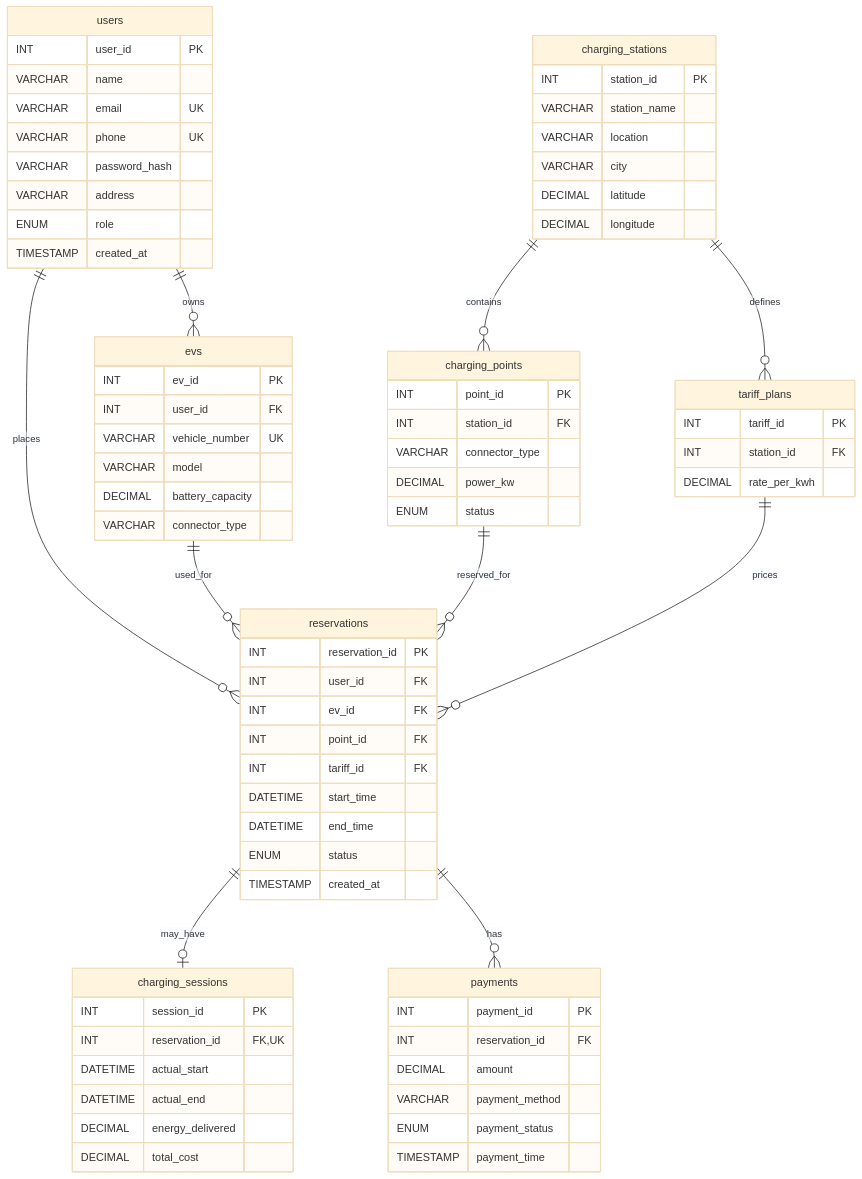
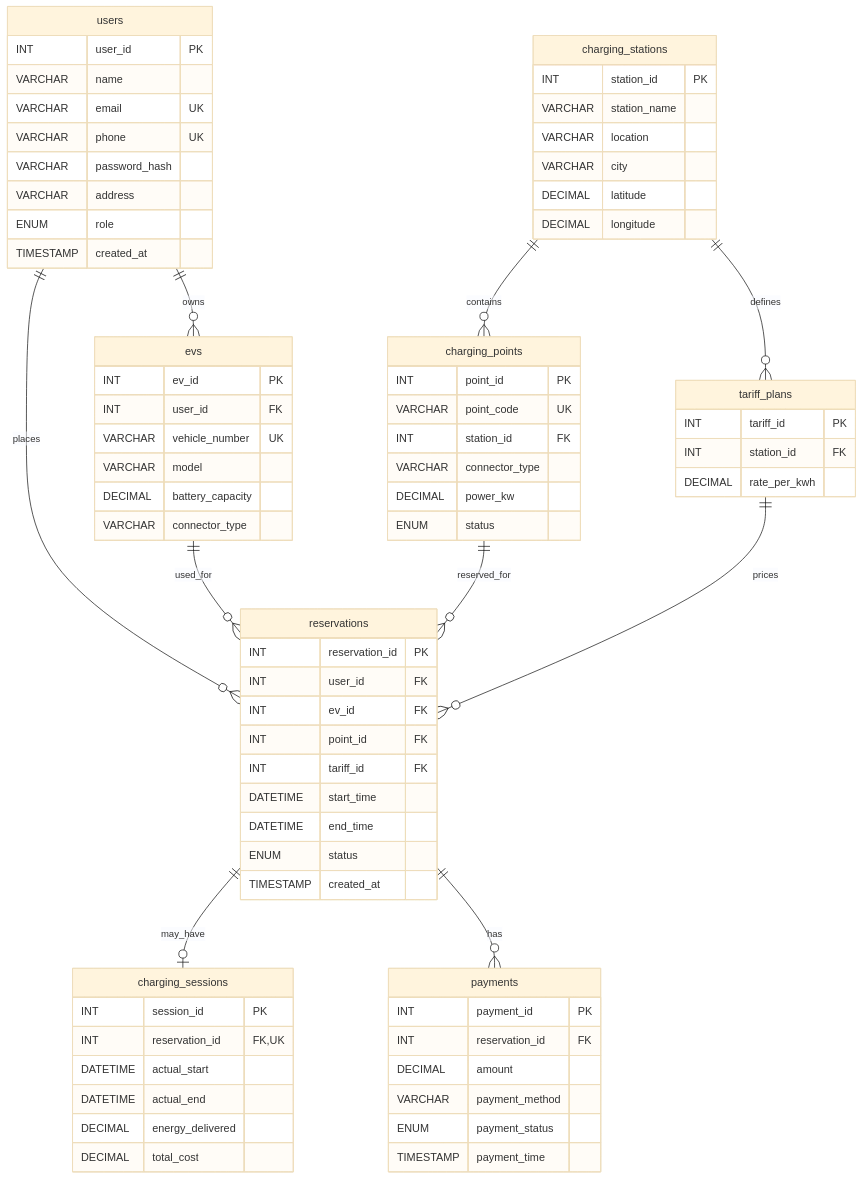
Before and after one commit to SuryaRNaik/smart-ev-charging-reservation: the diagram in docs/er-diagram.md, drawn with Mermaid (base theme).

Commit message:
docs(db): add point code to ER diagram

```diff
--- a/docs/er-diagram.md
+++ b/docs/er-diagram.md
@@ -45,6 +45,7 @@
 
     charging_points {
         INT point_id PK
+        VARCHAR point_code UK
         INT station_id FK
         VARCHAR connector_type
         DECIMAL power_kw
```
